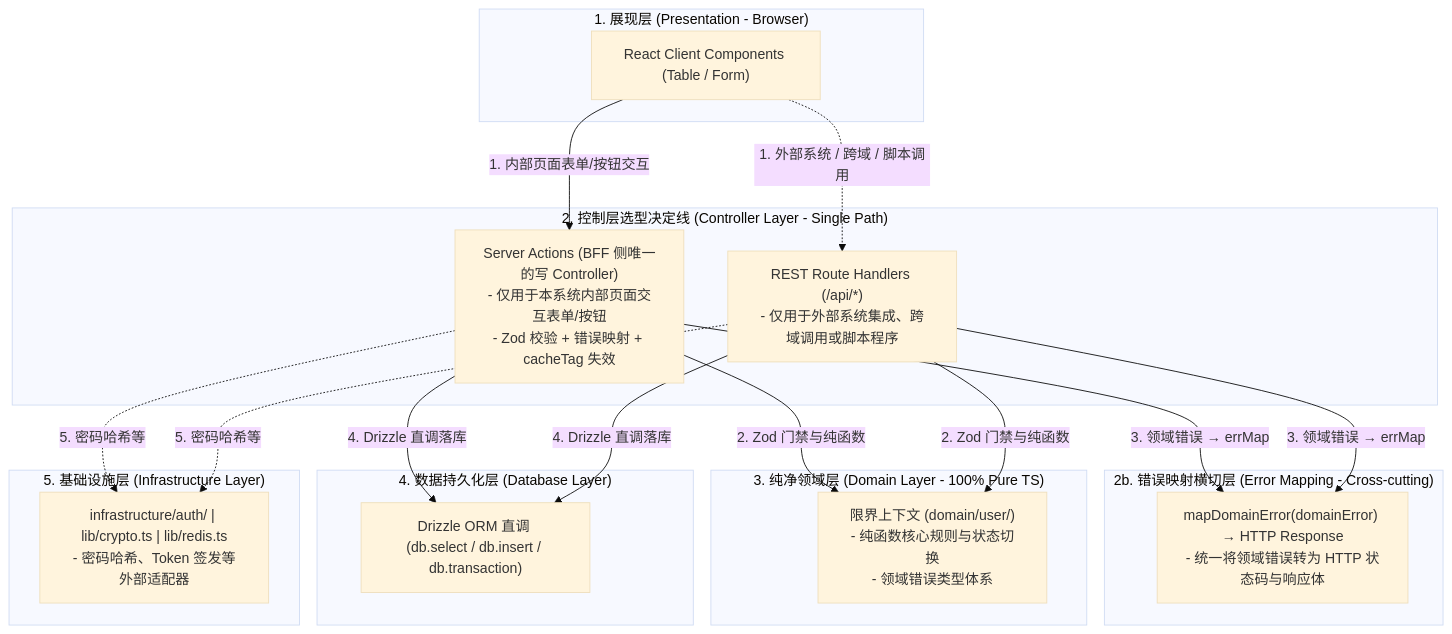
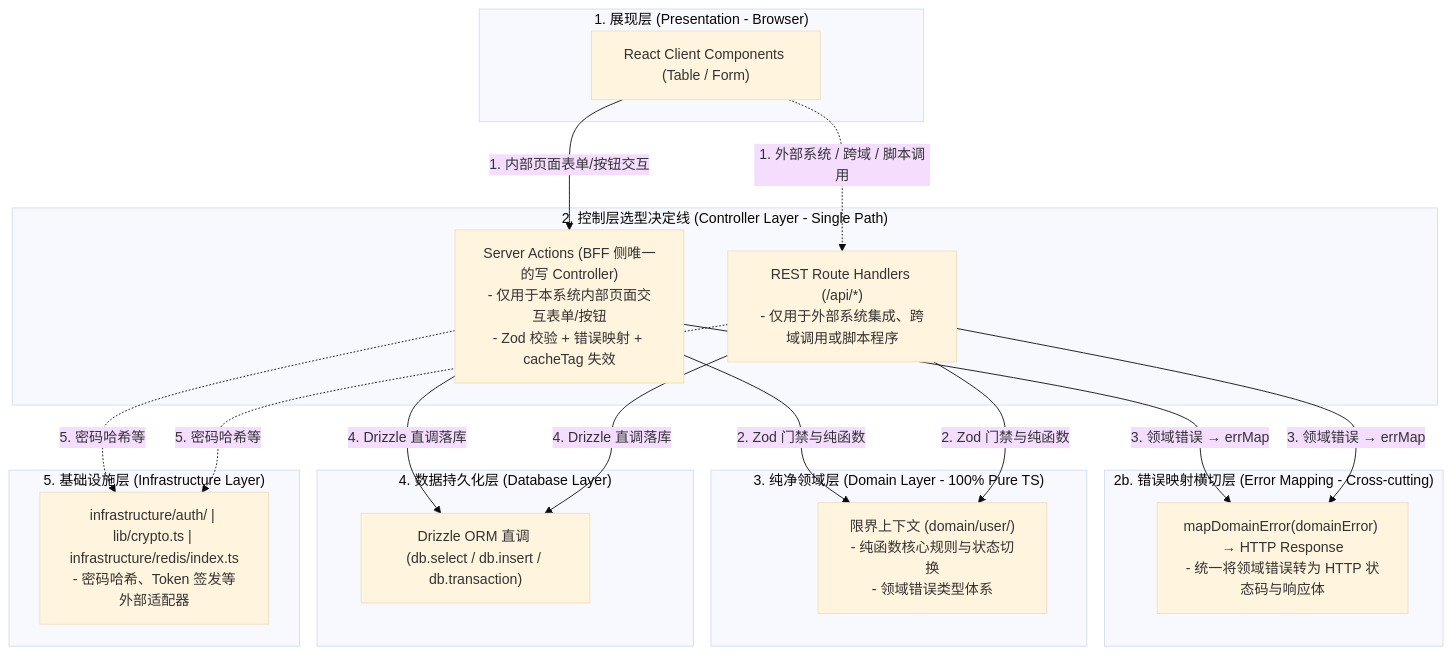
The diagram in docs/portal-architecture-guidelines.md (anjing0524/auth-sso), drawn with Mermaid (base theme) before and after one commit. The commit also changed other lines of this file and 76 other files, not shown here.

````diff
--- a/docs/portal-architecture-guidelines.md
+++ b/docs/portal-architecture-guidelines.md
@@ -13,43 +13,43 @@
 ```mermaid
 flowchart TD
     subgraph "1. 展现层 (Presentation - Browser)"
         UI["React Client Components (Table / Form)"]
     end
 
     subgraph "2. 控制层选型决定线 (Controller Layer - Single Path)"
         Action["Server Actions (BFF 侧唯一的写 Controller)<br/>- 仅用于本系统内部页面交互表单/按钮<br/>- Zod 校验 + 错误映射 + cacheTag 失效"]
         REST["REST Route Handlers (/api/*)<br/>- 仅用于外部系统集成、跨域调用或脚本程序"]
     end
 
     subgraph "2b. 错误映射横切层 (Error Mapping - Cross-cutting)"
         errMap["mapDomainError(domainError) → HTTP Response<br/>- 统一将领域错误转为 HTTP 状态码与响应体"]
     end
 
     subgraph "3. 纯净领域层 (Domain Layer - 100% Pure TS)"
         domain["限界上下文 (domain/user/)<br/>- 纯函数核心规则与状态切换<br/>- 领域错误类型体系"]
     end
 
     subgraph "4. 数据持久化层 (Database Layer)"
         Drizzle["Drizzle ORM 直调 (db.select / db.insert / db.transaction)"]
     end
 
     subgraph "5. 基础设施层 (Infrastructure Layer)"
-        Infra["infrastructure/auth/ | lib/crypto.ts | lib/redis.ts<br/>- 密码哈希、Token 签发等外部适配器"]
+        Infra["infrastructure/auth/ | lib/crypto.ts | infrastructure/redis/index.ts<br/>- 密码哈希、Token 签发等外部适配器"]
     end
 
     %% 控制器分发与数据流
     UI -->|1. 内部页面表单/按钮交互| Action
     UI -.->|1. 外部系统 / 跨域 / 脚本调用| REST
     
     Action -->|2. Zod 门禁与纯函数| domain
     REST -->|2. Zod 门禁与纯函数| domain
     
     Action -->|3. 领域错误 → errMap| errMap
     REST -->|3. 领域错误 → errMap| errMap
     
     Action -->|4. Drizzle 直调落库| Drizzle
     REST -->|4. Drizzle 直调落库| Drizzle
     
     Action -.->|5. 密码哈希等| Infra
     REST -.->|5. 密码哈希等| Infra
 ```
````
